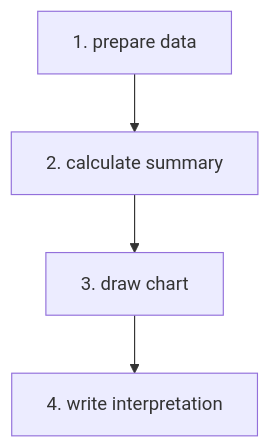
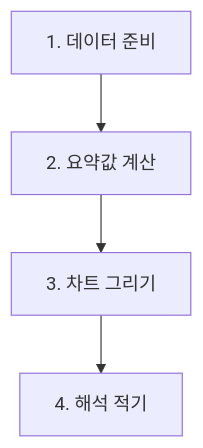
The second of 2 diagrams in docs/parts/part-02/chapter-10/section-01.md (devchan64/AiBook), drawn with Mermaid before and after one commit. The commit also changed other lines of this file and 17 other files, not shown here.

Commit message:
docs: localize more part 2 mermaid diagrams

````diff
--- a/docs/parts/part-02/chapter-10/section-01.md
+++ b/docs/parts/part-02/chapter-10/section-01.md
@@ -152,9 +152,9 @@
 ```mermaid
 flowchart TB
-  A["1. prepare data"]
-  B["2. calculate summary"]
-  C["3. draw chart"]
-  D["4. write interpretation"]
+  A["1. 데이터 준비"]
+  B["2. 요약값 계산"]
+  C["3. 차트 그리기"]
+  D["4. 해석 적기"]
 
   A --> B --> C --> D
 ```
````
